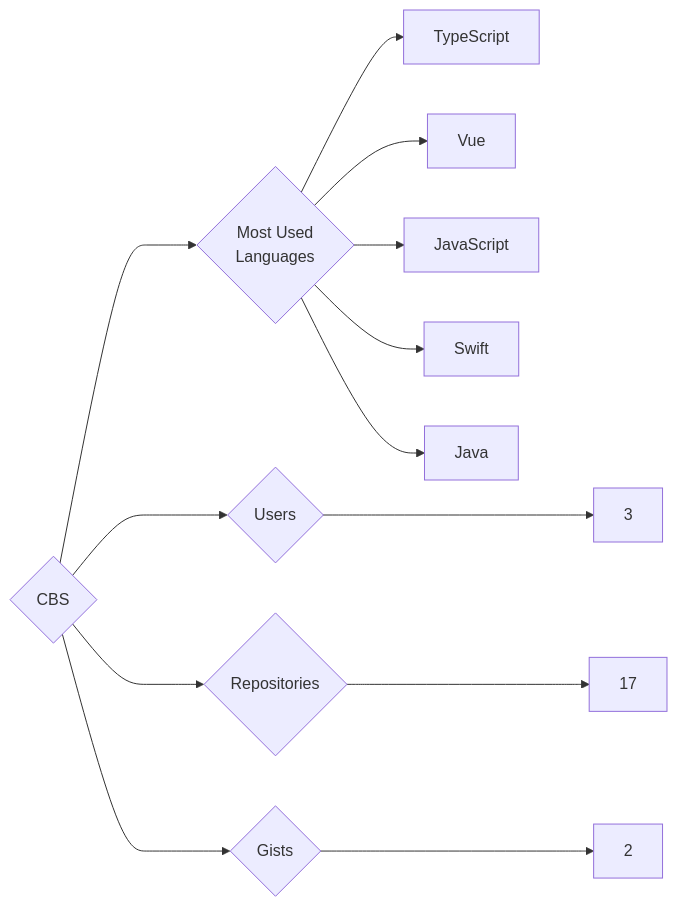
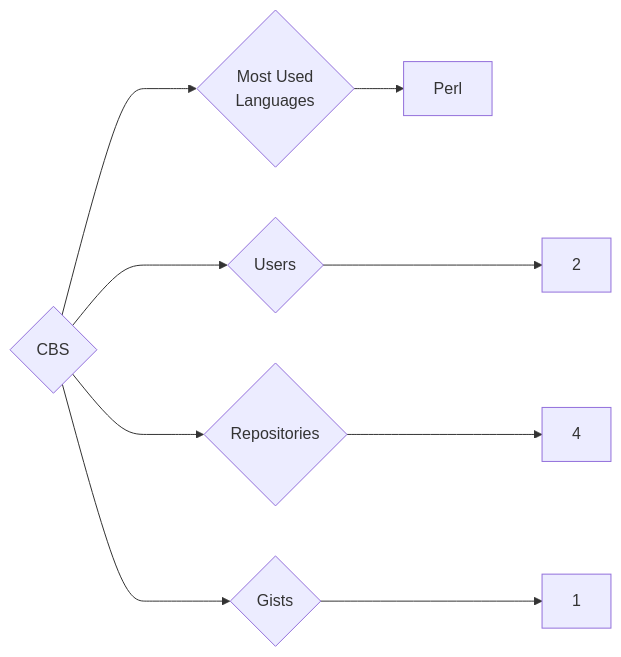
Before and after one commit to trickest/insiders: the diagram in targets/CBS/README.md, drawn with Mermaid. The commit also changed 636 other files, not shown here.

````diff
--- a/targets/CBS/README.md
+++ b/targets/CBS/README.md
@@ -3,13 +3,9 @@
 ```mermaid
 graph LR
 COMPANY_NAME{CBS}
-COMPANY_NAME ---> U{Users} ---> UN[3]
-COMPANY_NAME ---> R{Repositories} ---> RN[17]
-COMPANY_NAME ---> G{Gists} ---> GN[2]
+COMPANY_NAME ---> U{Users} ---> UN[2]
+COMPANY_NAME ---> R{Repositories} ---> RN[4]
+COMPANY_NAME ---> G{Gists} ---> GN[1]
 COMPANY_NAME ---> ML{Most Used<br>Languages}
-ML --> TypeScript[TypeScript]
-ML --> Vue[Vue]
-ML --> JavaScript[JavaScript]
-ML --> Swift[Swift]
-ML --> Java[Java]
+ML --> Perl[Perl]
 ```
````
